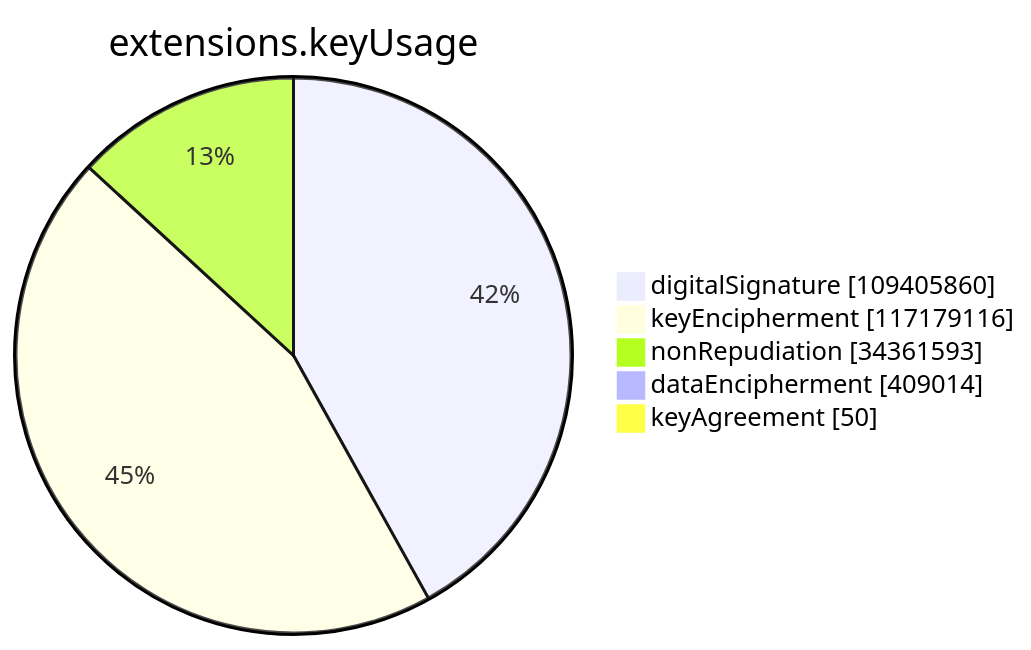
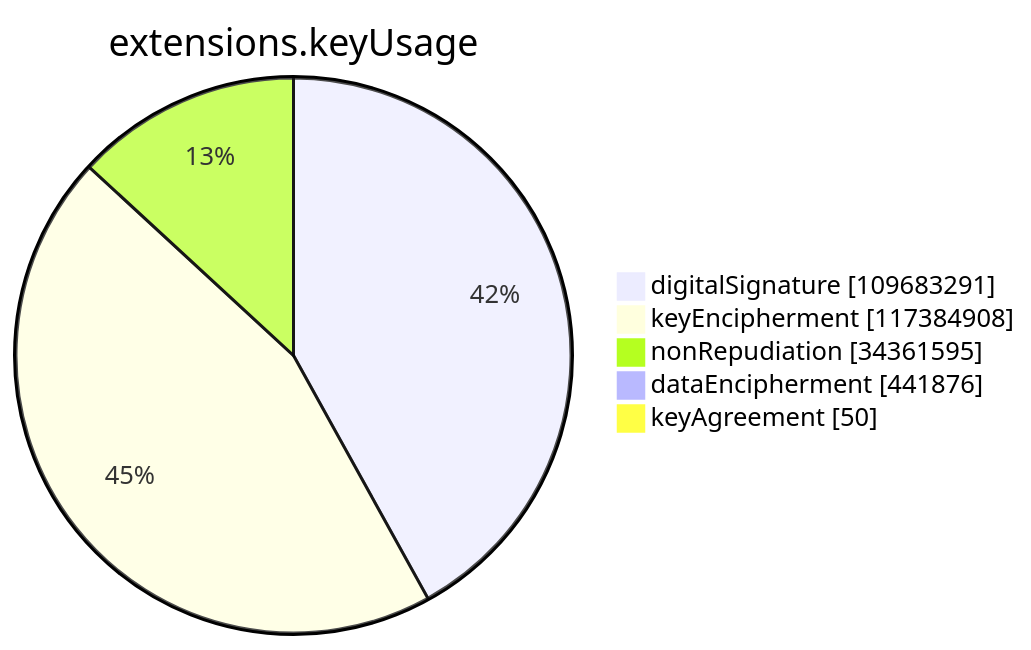
One commit to christiankrug/ctmonitor_visualization changed the sixth of 15 diagrams in argon2023/README.md. Above: the diagram before and after it, drawn with Mermaid. The commit also changed other lines of this file, not shown here.

````diff
--- a/argon2023/README.md
+++ b/argon2023/README.md
@@ -2134,9 +2137,9 @@
 ```mermaid
 pie showData
 title extensions.keyUsage
-"digitalSignature" :109405860
-"keyEncipherment" :117179116
-"nonRepudiation" :34361593
-"dataEncipherment" :409014
+"digitalSignature" :109683291
+"keyEncipherment" :117384908
+"nonRepudiation" :34361595
+"dataEncipherment" :441876
 "keyAgreement" :50
 ```
````
